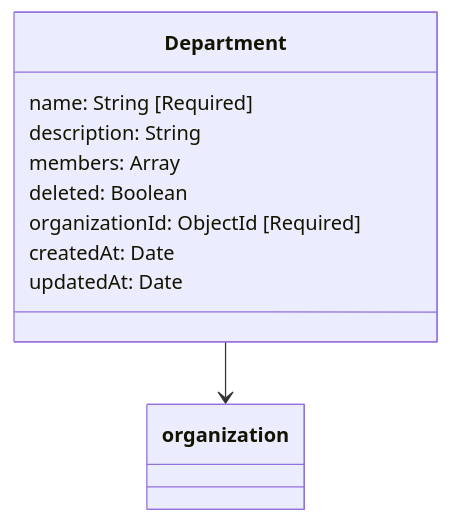
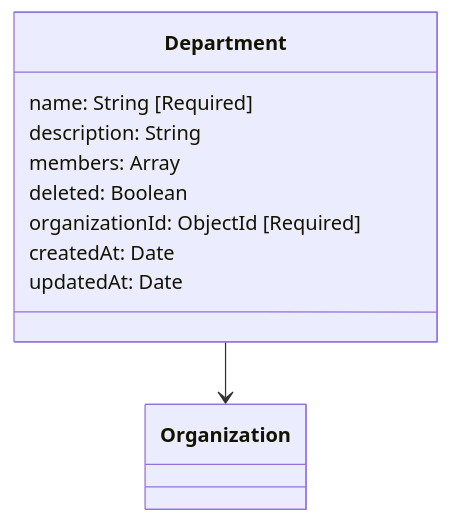
One commit to Budeshi-Products/workflowPadi-Schemas changed the diagram in schema-visualizations/Department.mmd. Above: the diagram before and after it, drawn with Mermaid. The commit also changed 75 other files, not shown here.

```diff
--- a/schema-visualizations/Department.mmd
+++ b/schema-visualizations/Department.mmd
@@ -1,12 +1,12 @@
 classDiagram
   class Department {
     name: String [Required]
     description: String
     members: Array
     deleted: Boolean
     organizationId: ObjectId [Required]
     createdAt: Date
     updatedAt: Date
   }
 
-  Department --> organization
+  Department --> Organization
```
